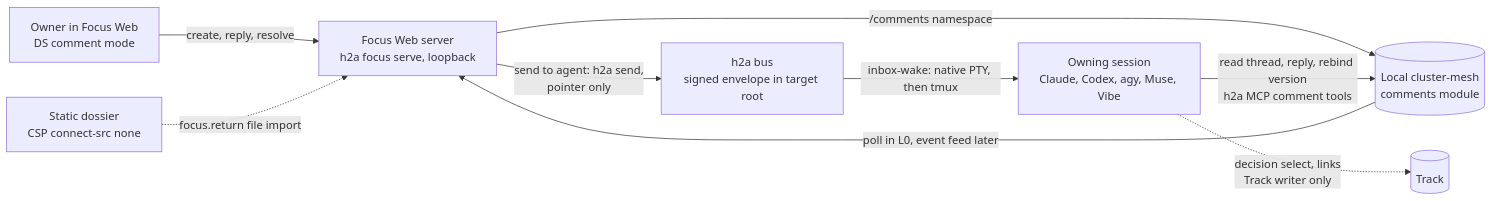
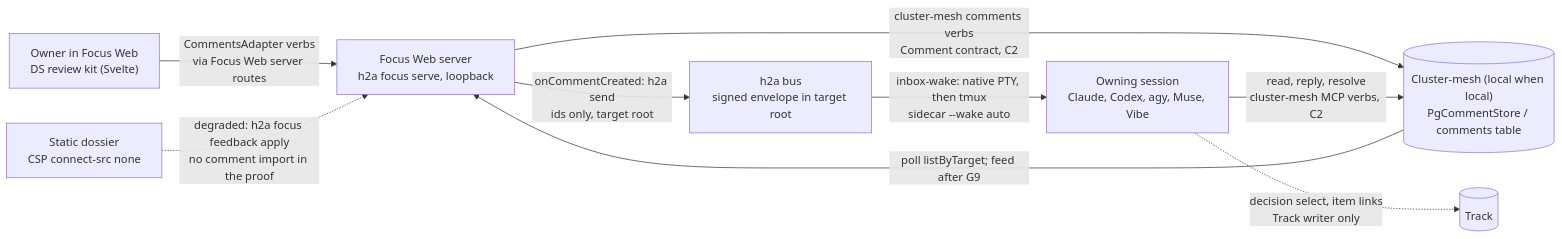
Before and after one commit to rhanka/h2a: the first of 2 diagrams in docs/specs/2026-11-17-SPEC_EVOL_local-artifact-review.md, drawn with Mermaid. The commit also changed other lines of this file, not shown here.

First line of the commit message:
docs(spec): align local artifact review on the DS comment contract

````diff
--- a/docs/specs/2026-11-17-SPEC_EVOL_local-artifact-review.md
+++ b/docs/specs/2026-11-17-SPEC_EVOL_local-artifact-review.md
@@ -14,11 +16,11 @@
 ```mermaid
 flowchart LR
-  O["Owner in Focus Web<br/>DS comment mode"] -->|"create, reply, resolve"| FW["Focus Web server<br/>h2a focus serve, loopback"]
-  FW -->|"/comments namespace"| CM[("Local cluster-mesh<br/>comments module")]
-  FW -->|"send to agent: h2a send,<br/>pointer only"| BUS["h2a bus<br/>signed envelope in target root"]
-  BUS -->|"inbox-wake: native PTY, then tmux"| S["Owning session<br/>Claude, Codex, agy, Muse, Vibe"]
-  S -->|"read thread, reply, rebind version<br/>h2a MCP comment tools"| CM
-  CM -->|"poll in L0, event feed later"| FW
-  S -.->|"decision select, links<br/>Track writer only"| T[("Track")]
-  SD["Static dossier<br/>CSP connect-src none"] -.->|"focus.return file import"| FW
+  O["Owner in Focus Web<br/>DS review kit (Svelte)"] -->|"CommentsAdapter verbs<br/>via Focus Web server routes"| FW["Focus Web server<br/>h2a focus serve, loopback"]
+  FW -->|"cluster-mesh comments verbs<br/>Comment contract, C2"| CM[("Cluster-mesh (local when local)<br/>PgCommentStore / comments table")]
+  FW -->|"onCommentCreated: h2a send<br/>ids only, target root"| BUS["h2a bus<br/>signed envelope in target root"]
+  BUS -->|"inbox-wake: native PTY, then tmux<br/>sidecar --wake auto"| S["Owning session<br/>Claude, Codex, agy, Muse, Vibe"]
+  S -->|"read, reply, resolve<br/>cluster-mesh MCP verbs, C2"| CM
+  CM -->|"poll listByTarget; feed after G9"| FW
+  S -.->|"decision select, item links<br/>Track writer only"| T[("Track")]
+  SD["Static dossier<br/>CSP connect-src none"] -.->|"degraded: h2a focus feedback apply<br/>no comment import in the proof"| FW
 ```
````
